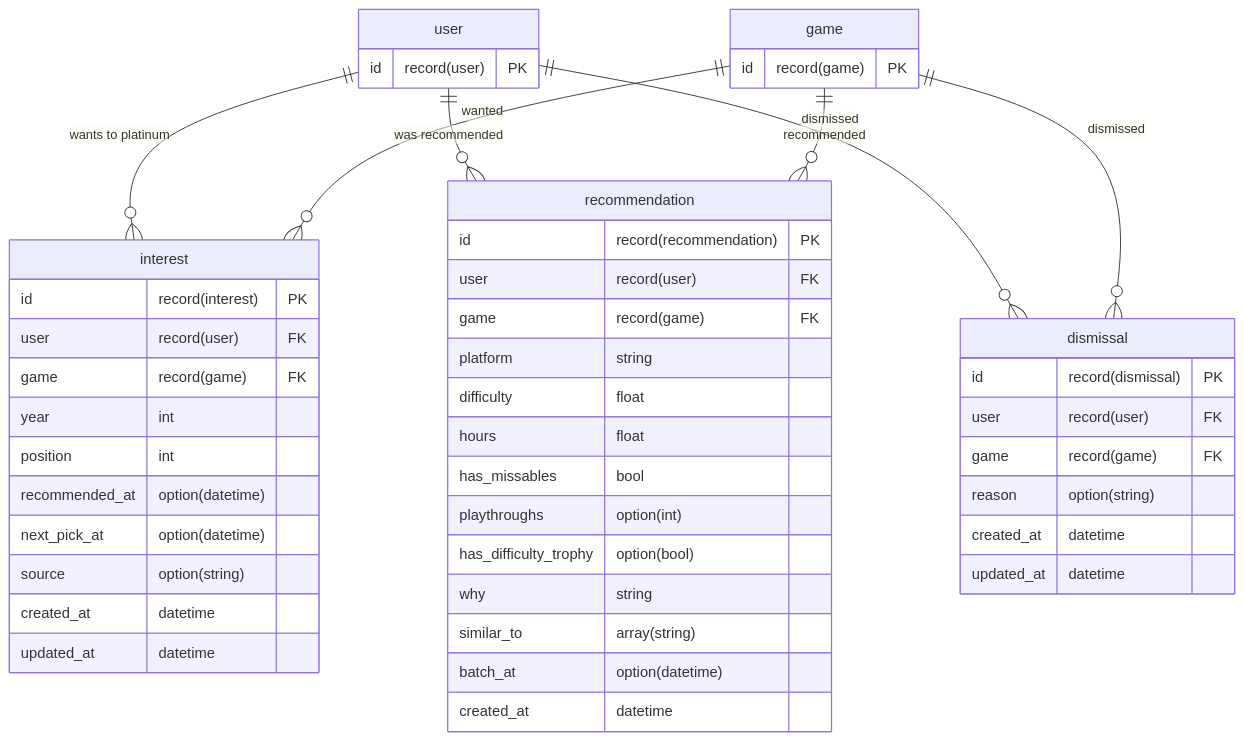
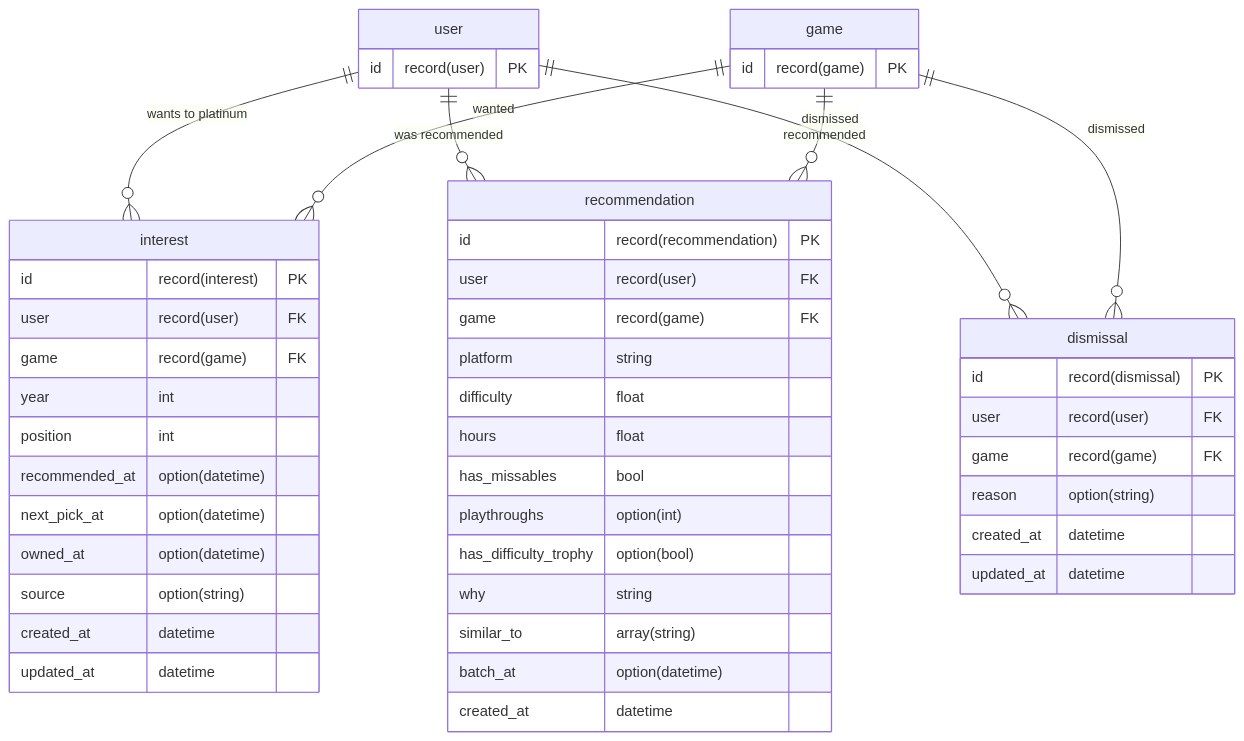
One commit to renatoaug/platjourney changed the second of 5 diagrams in docs/database.md. Above: the diagram before and after it, drawn with Mermaid. The commit also changed other lines of this file and 11 other files, not shown here.

````diff
--- a/docs/database.md
+++ b/docs/database.md
@@ -109,50 +109,51 @@
 ```mermaid
 erDiagram
     user ||--o{ interest : "wants to platinum"
     game ||--o{ interest : "wanted"
     user ||--o{ recommendation : "was recommended"
     game ||--o{ recommendation : "recommended"
     user ||--o{ dismissal : "dismissed"
     game ||--o{ dismissal : "dismissed"
     interest {
         id record(interest) PK
         user record(user) FK
         game record(game) FK
         year int
         position int
         recommended_at option(datetime)
         next_pick_at option(datetime)
+        owned_at option(datetime)
         source option(string)
         created_at datetime
         updated_at datetime
     }
     recommendation {
         id record(recommendation) PK
         user record(user) FK
         game record(game) FK
         platform string
         difficulty float
         hours float
         has_missables bool
         playthroughs option(int)
         has_difficulty_trophy option(bool)
         why string
         similar_to array(string)
         batch_at option(datetime)
         created_at datetime
     }
     dismissal {
         id record(dismissal) PK
         user record(user) FK
         game record(game) FK
         reason option(string)
         created_at datetime
         updated_at datetime
     }
     user {
         id record(user) PK
     }
     game {
         id record(game) PK
     }
 ```
````
